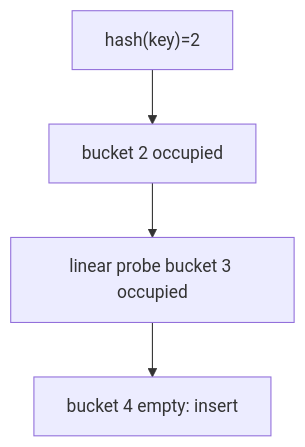
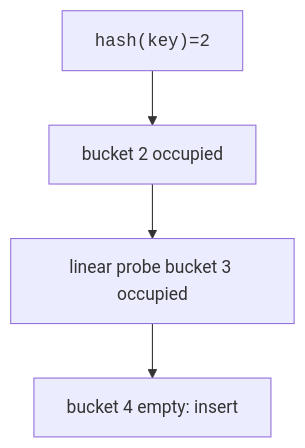
One commit to dataslope/dataslope changed the third of 4 diagrams in content/learn/mastering-dsa-cpp/hash-tables.mdx. Above: the diagram before and after it, drawn with Mermaid. The commit also changed other lines of this file and 153 other files, not shown here.

First line of the commit message:
Render code-only mermaid shapes in monospace; convert step sequences to Steps

````diff
--- a/content/learn/mastering-dsa-cpp/hash-tables.mdx
+++ b/content/learn/mastering-dsa-cpp/hash-tables.mdx
@@ -81,6 +81,6 @@
 ```mermaid
 flowchart TD
-    H["hash(key)=2"] --> B2["bucket 2 occupied"]
+    H["<code>hash(key)=2</code>"] --> B2["bucket 2 occupied"]
     B2 --> B3["linear probe bucket 3 occupied"]
     B3 --> B4["bucket 4 empty: insert"]
 ```
````
